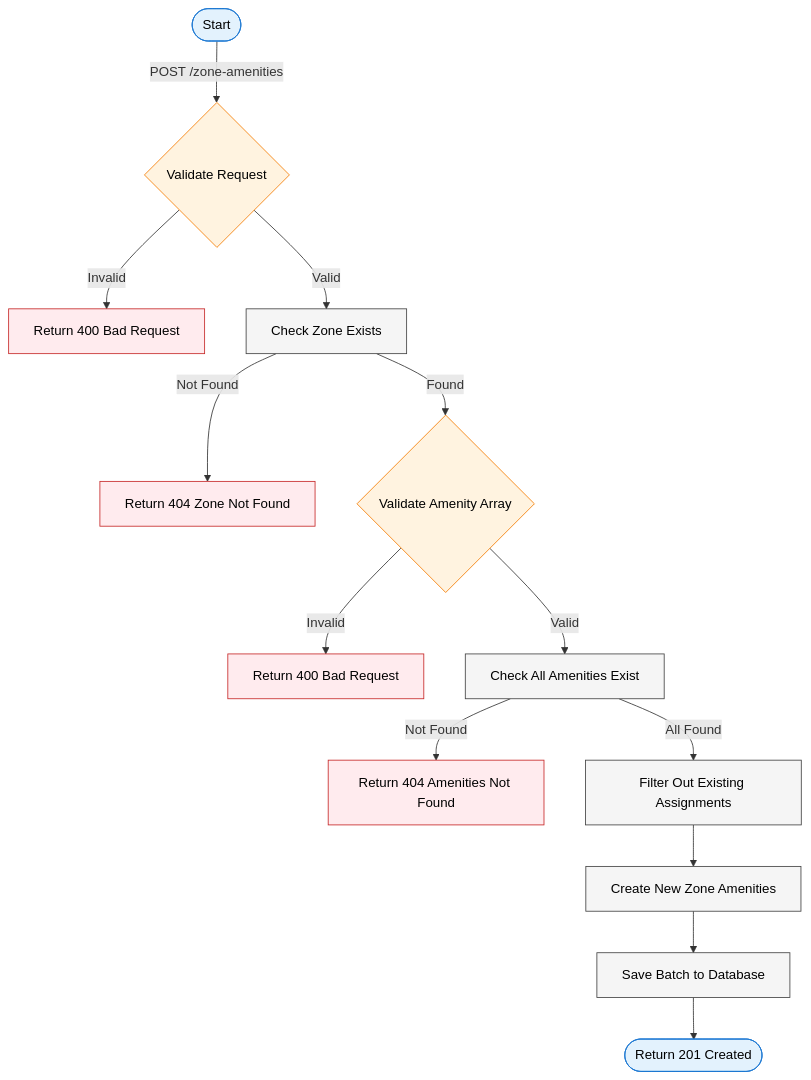
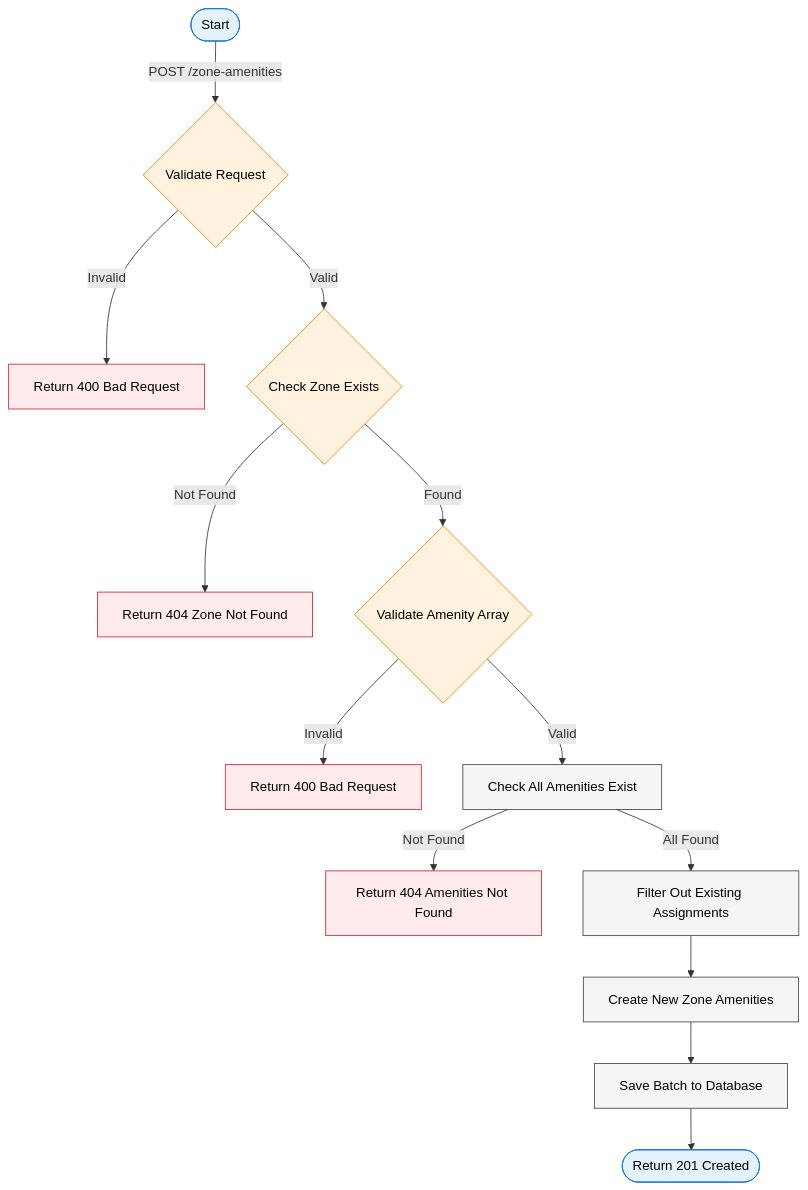
The diagram in venue-service/docs/flows/zone-amenity-creation-flow.mmd (mhmd-zbib/event-management-system), drawn with Mermaid before and after one commit. The commit also changed 5 other files, not shown here.

Commit message:
docs: create sequence chart foor amenity

```diff
--- a/venue-service/docs/flows/zone-amenity-creation-flow.mmd
+++ b/venue-service/docs/flows/zone-amenity-creation-flow.mmd
@@ -1,30 +1,30 @@
 graph TD
 %% Main Flow
     Start([Start]) -->|POST /zone-amenities| ValidateRequest{Validate Request}
     ValidateRequest -->|Invalid| HandleError[Return 400 Bad Request]
 
-    ValidateRequest -->|Valid| CheckZone[Check Zone Exists]
+    ValidateRequest -->|Valid| CheckZone{Check Zone Exists}
     CheckZone -->|Not Found| HandleZoneError[Return 404 Zone Not Found]
 
     CheckZone -->|Found| ValidateAmenities{Validate Amenity Array}
     ValidateAmenities -->|Invalid| HandleAmenityError[Return 400 Bad Request]
 
     ValidateAmenities -->|Valid| CheckAmenities[Check All Amenities Exist]
     CheckAmenities -->|Not Found| HandleNotFoundError[Return 404 Amenities Not Found]
 
     CheckAmenities -->|All Found| FilterDuplicates[Filter Out Existing Assignments]
     FilterDuplicates --> CreateAssignments[Create New Zone Amenities]
     CreateAssignments --> SaveBatch[Save Batch to Database]
     SaveBatch --> Success([Return 201 Created])
 
 %% Style Definitions
     classDef start_end fill:#e3f2fd,stroke:#1976d2,color:black
     classDef process fill:#f5f5f5,stroke:#424242,color:black
     classDef validation fill:#fff3e0,stroke:#f57c00,color:black
     classDef error fill:#ffebee,stroke:#c62828,color:black
 
 %% Apply Styles
     class Start,Success start_end
-    class CheckZone,FilterDuplicates,CreateAssignments,SaveBatch,CheckAmenities process
-    class ValidateRequest,ValidateAmenities validation
+    class FilterDuplicates,CreateAssignments,SaveBatch,CheckAmenities process
+    class ValidateRequest,ValidateAmenities,CheckZone validation
     class HandleError,HandleZoneError,HandleAmenityError,HandleNotFoundError error
```
